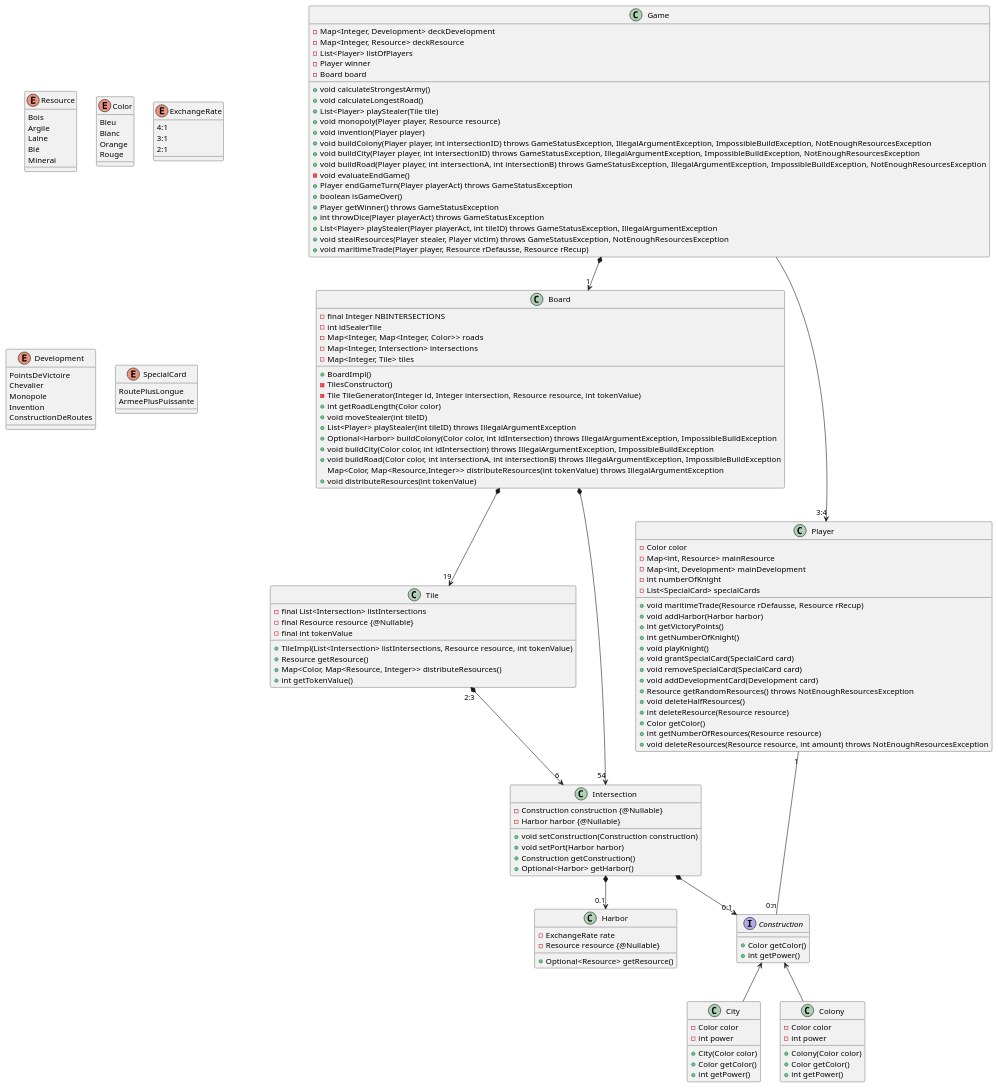
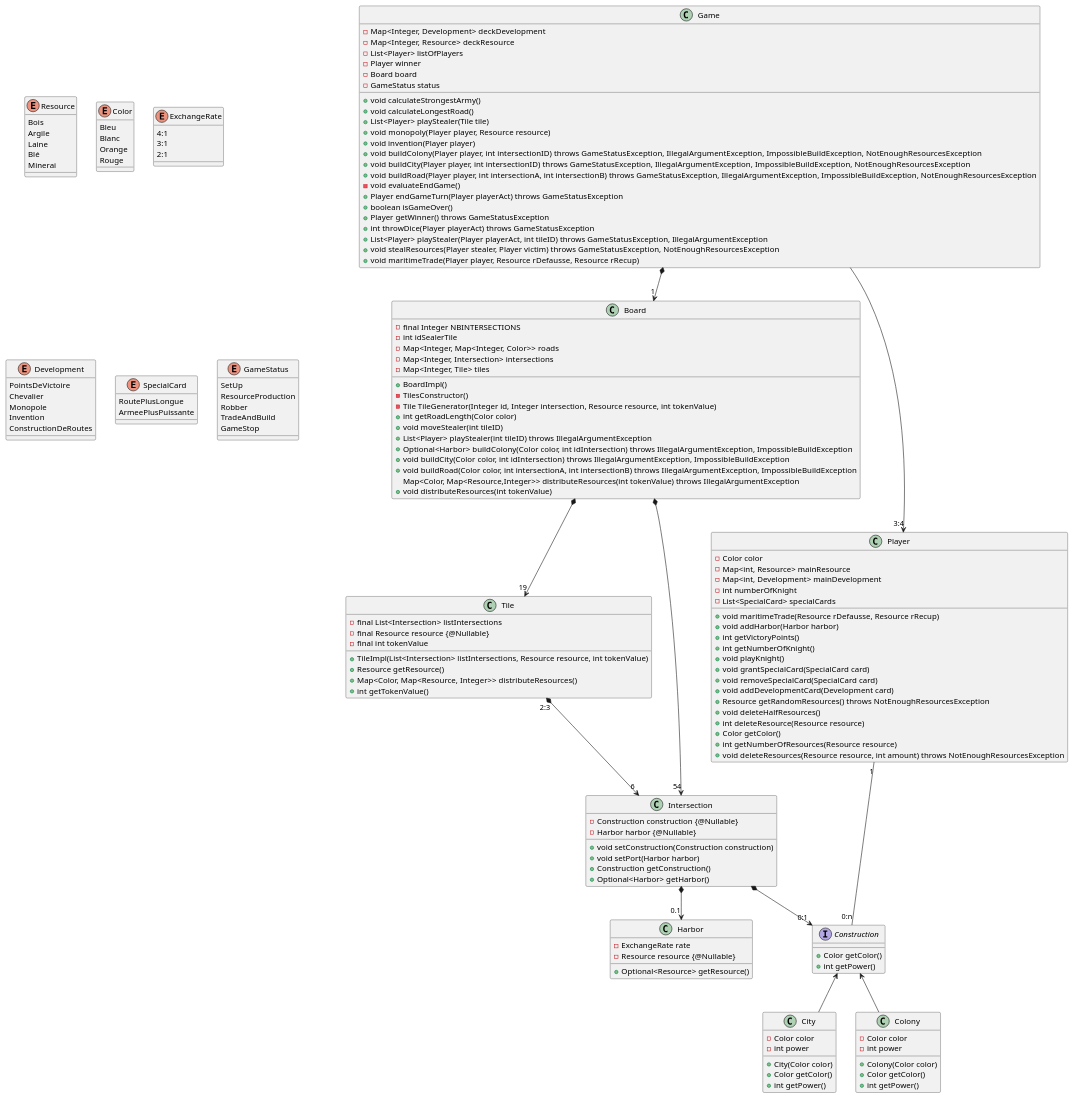
The diagram in catan-doc/modules/conception/examples/gameClassDiag.plantuml (Lapin-Obez/colon_de_catane), drawn with PlantUML before and after one commit. The commit also changed 1 other file, not shown here.

Commit message:
Ajout de l'enum GameStatus défini grâce au diagramme d'état

```diff
--- a/catan-doc/modules/conception/examples/gameClassDiag.plantuml
+++ b/catan-doc/modules/conception/examples/gameClassDiag.plantuml
@@ -1,174 +1,183 @@
 @startuml
 
 enum Resource {
     Bois
     Argile
     Laine
     Blé
     Minerai
 }
 
 enum Color {
     Bleu
     Blanc
     Orange
     Rouge
 }
 
 enum ExchangeRate {
     4:1
     3:1
     2:1
 }
 
 enum Development {
     PointsDeVictoire
     Chevalier
     Monopole
     Invention
     ConstructionDeRoutes
 }
 
 enum SpecialCard {
     RoutePlusLongue
     ArmeePlusPuissante
 }
 
+enum GameStatus {
+    SetUp
+    ResourceProduction
+    Robber
+    TradeAndBuild
+    GameStop
+}
+
 class Game {
     - Map<Integer, Development> deckDevelopment
     - Map<Integer, Resource> deckResource
     - List<Player> listOfPlayers
     - Player winner
     - Board board
+    - GameStatus status
 
     + void calculateStrongestArmy()
     + void calculateLongestRoad()
     + List<Player> playStealer(Tile tile)
     + void monopoly(Player player, Resource resource)
     + void invention(Player player)
     + void buildColony(Player player, int intersectionID) throws GameStatusException, IllegalArgumentException, ImpossibleBuildException, NotEnoughResourcesException
     + void buildCity(Player player, int intersectionID) throws GameStatusException, IllegalArgumentException, ImpossibleBuildException, NotEnoughResourcesException
     + void buildRoad(Player player, int intersectionA, int intersectionB) throws GameStatusException, IllegalArgumentException, ImpossibleBuildException, NotEnoughResourcesException
     - void evaluateEndGame()
     + Player endGameTurn(Player playerAct) throws GameStatusException
     + boolean isGameOver()
     + Player getWinner() throws GameStatusException
     + int throwDice(Player playerAct) throws GameStatusException
     + List<Player> playStealer(Player playerAct, int tileID) throws GameStatusException, IllegalArgumentException
     + void stealResources(Player stealer, Player victim) throws GameStatusException, NotEnoughResourcesException
     + void maritimeTrade(Player player, Resource rDefausse, Resource rRecup)
 }
 
 class Board {
     - final Integer NBINTERSECTIONS
     - int idSealerTile
     - Map<Integer, Map<Integer, Color>> roads
     - Map<Integer, Intersection> intersections
     - Map<Integer, Tile> tiles
 
     + BoardImpl()
     - TilesConstructor()
     - Tile TileGenerator(Integer id, Integer intersection, Resource resource, int tokenValue)
     + int getRoadLength(Color color)
     + void moveStealer(int tileID)
     + List<Player> playStealer(int tileID) throws IllegalArgumentException
     +Optional<Harbor> buildColony(Color color, int idIntersection) throws IllegalArgumentException, ImpossibleBuildException
     + void buildCity(Color color, int idIntersection) throws IllegalArgumentException, ImpossibleBuildException
     + void buildRoad(Color color, int intersectionA, int intersectionB) throws IllegalArgumentException, ImpossibleBuildException
     Map<Color, Map<Resource,Integer>> distributeResources(int tokenValue) throws IllegalArgumentException
     + void distributeResources(int tokenValue)
 }
 
 class Harbor{
     - ExchangeRate rate
     - Resource resource {@Nullable}
 
     + Optional<Resource> getResource()
 }
 
 class Tile{
     - final List<Intersection> listIntersections
     - final Resource resource {@Nullable}
     - final int tokenValue
 
     + TileImpl(List<Intersection> listIntersections, Resource resource, int tokenValue)
     + Resource getResource()
     + Map<Color, Map<Resource, Integer>> distributeResources()
     + int getTokenValue()
 }
 
 class Intersection{
     - Construction construction {@Nullable}
     - Harbor harbor {@Nullable}
 
     + void setConstruction(Construction construction)
     + void setPort(Harbor harbor)
     + Construction getConstruction()
     + Optional<Harbor> getHarbor()
 }
 
 class Player{
     - Color color
     - Map<int, Resource> mainResource
     - Map<int, Development> mainDevelopment
     - int numberOfKnight
     - List<SpecialCard> specialCards
 
     + void maritimeTrade(Resource rDefausse, Resource rRecup)
     + void addHarbor(Harbor harbor)
     + int getVictoryPoints()
     + int getNumberOfKnight()
     + void playKnight()
     + void grantSpecialCard(SpecialCard card)
     + void removeSpecialCard(SpecialCard card)
     + void addDevelopmentCard(Development card)
     + Resource getRandomResources() throws NotEnoughResourcesException
     + void deleteHalfResources()
     + int deleteResource(Resource resource)
     + Color getColor()
     + int getNumberOfResources(Resource resource)
     + void deleteResources(Resource resource, int amount) throws NotEnoughResourcesException
 }
 
 interface Construction {
     + Color getColor()
     + int getPower()
 }
 
 class City {
     - Color color
     - int power
 
     + City(Color color)
     + Color getColor()
     + int getPower()
 }
 
 class Colony {
     - Color color
     - int power
 
     + Colony(Color color)
     + Color getColor()
     + int getPower()
 }
 
 
 
 Construction <-d- City
 Construction <-d- Colony
 
 
 Game *--> "1" Board
 Board *--> "19" Tile
 Board *--> "54" Intersection
 
 Tile "2:3" *-->"6" Intersection
 Intersection *--> "0:1" Construction
 
 Intersection *--> "0.1" Harbor
 
 Game --> "3:4" Player
 Player "1" -- "0:n" Construction
 
 @enduml
```
